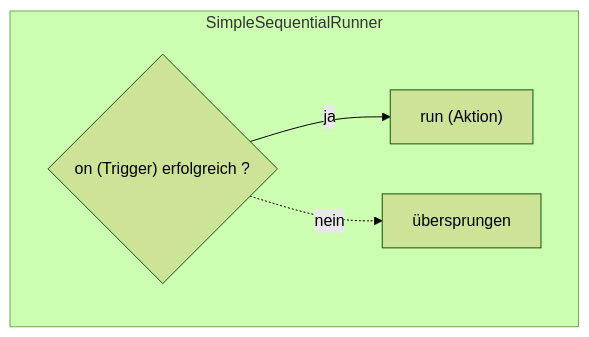
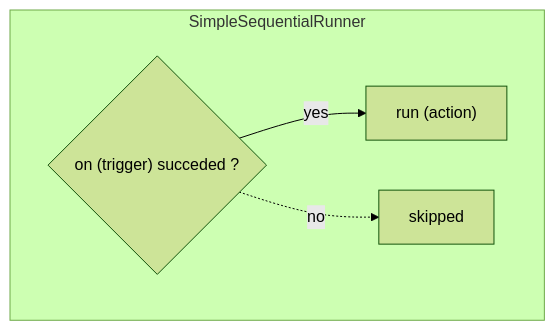
Before and after one commit to Softoft-Orga/open-ticket-ai: the fifth of 5 diagrams in docs/src/content/docs/de/open-ticket-automation/users/pipeline.mdx, drawn with Mermaid (forest theme). The commit also changed other lines of this file and 65 other files, not shown here.

````diff
--- a/docs/src/content/docs/de/open-ticket-automation/users/pipeline.mdx
+++ b/docs/src/content/docs/de/open-ticket-automation/users/pipeline.mdx
@@ -226,8 +228,8 @@
 ```mermaid
 flowchart TB
     subgraph SimpleSequentialRunner
-        ON{"on (Trigger) erfolgreich ?"} -->|ja| RUN["run (Aktion)"]
-        ON -.->|nein| SKIP["übersprungen"]
+        ON{"on (trigger) succeded ?"} -->|yes| RUN["run (action)"]
+        ON -.->|no| SKIP["skipped"]
     end
 
 ```
````
